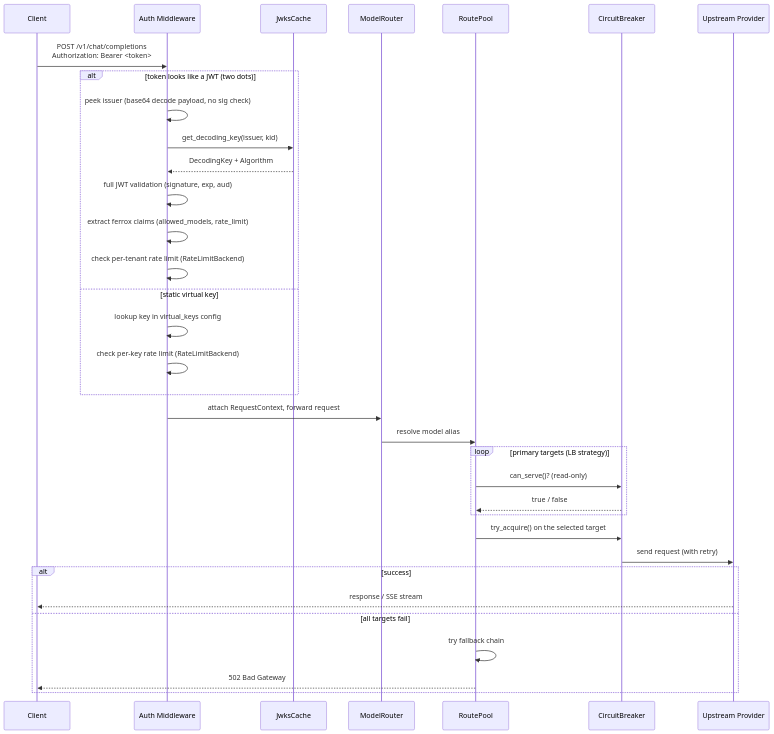
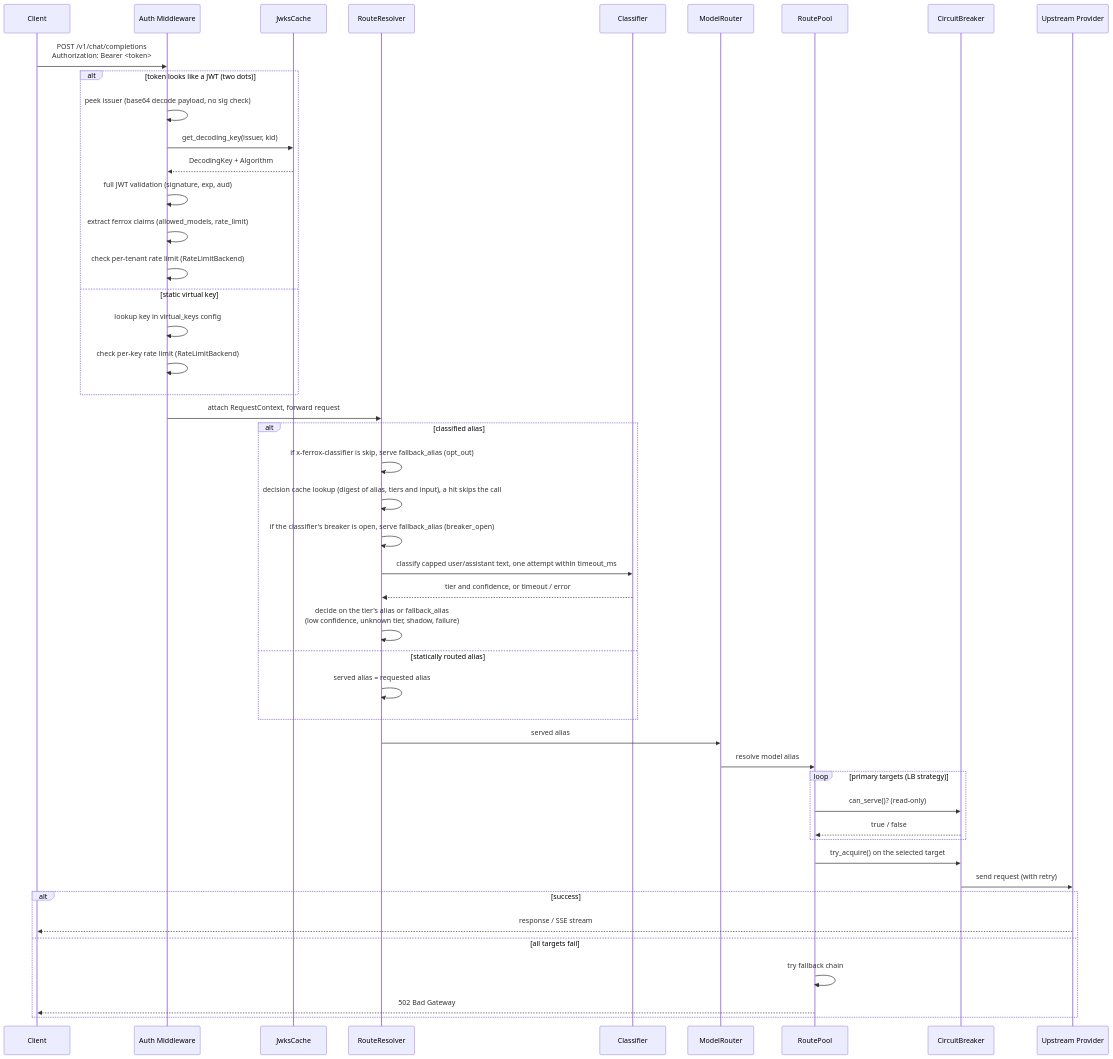
Before and after one commit to shaharia-lab/ferrox: the second of 5 diagrams in docs/developer/architecture.md, drawn with Mermaid. The commit also changed other lines of this file and 9 other files, not shown here.

````diff
--- a/docs/developer/architecture.md
+++ b/docs/developer/architecture.md
@@ -283,43 +287,57 @@
 ```mermaid
 sequenceDiagram
     participant C as Client
     participant A as Auth Middleware
     participant JWKS as JwksCache
+    participant RR as RouteResolver
+    participant K as Classifier
     participant R as ModelRouter
     participant P as RoutePool
     participant CB as CircuitBreaker
     participant Up as Upstream Provider
 
     C->>A: POST /v1/chat/completions<br/>Authorization: Bearer <token>
 
     alt token looks like a JWT (two dots)
         A->>A: peek issuer (base64 decode payload, no sig check)
         A->>JWKS: get_decoding_key(issuer, kid)
         JWKS-->>A: DecodingKey + Algorithm
         A->>A: full JWT validation (signature, exp, aud)
         A->>A: extract ferrox claims (allowed_models, rate_limit)
         A->>A: check per-tenant rate limit (RateLimitBackend)
     else static virtual key
         A->>A: lookup key in virtual_keys config
         A->>A: check per-key rate limit (RateLimitBackend)
     end
 
-    A->>R: attach RequestContext, forward request
+    A->>RR: attach RequestContext, forward request
 
+    alt classified alias
+        RR->>RR: if x-ferrox-classifier is skip, serve fallback_alias (opt_out)
+        RR->>RR: decision cache lookup (digest of alias, tiers and input), a hit skips the call
+        RR->>RR: if the classifier's breaker is open, serve fallback_alias (breaker_open)
+        RR->>K: classify capped user/assistant text, one attempt within timeout_ms
+        K-->>RR: tier and confidence, or timeout / error
+        RR->>RR: decide on the tier's alias or fallback_alias<br/>(low confidence, unknown tier, shadow, failure)
+    else statically routed alias
+        RR->>RR: served alias = requested alias
+    end
+
+    RR->>R: served alias
     R->>P: resolve model alias
 
     loop primary targets (LB strategy)
         P->>CB: can_serve()? (read-only)
         CB-->>P: true / false
     end
 
     P->>CB: try_acquire() on the selected target
     CB->>Up: send request (with retry)
 
     alt success
         Up-->>C: response / SSE stream
     else all targets fail
         P->>P: try fallback chain
         P-->>C: 502 Bad Gateway
     end
 ```
````
